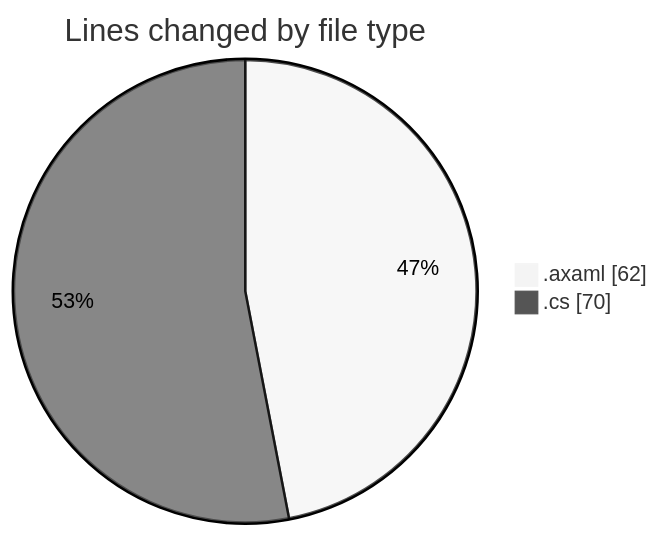
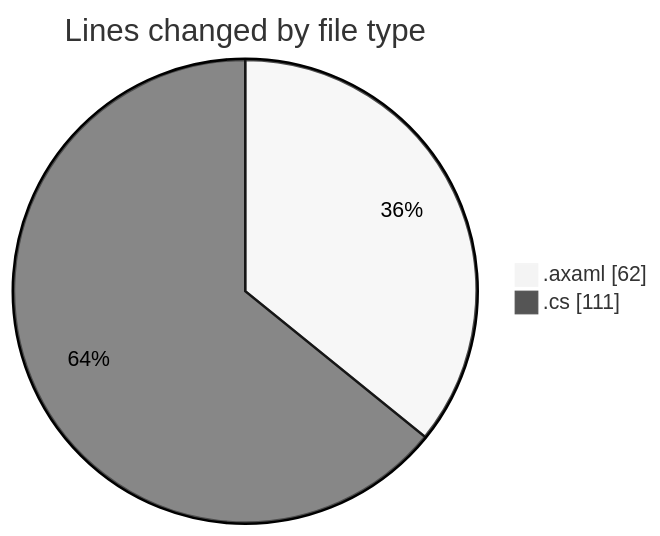
The first of 2 diagrams in 2025-10-16/skintrack/README.md (Netris89/code-tracking), drawn with Mermaid (neutral theme) before and after one commit. The commit also changed other lines of this file and 1 other file, not shown here.

````diff
--- a/2025-10-16/skintrack/README.md
+++ b/2025-10-16/skintrack/README.md
@@ -24,6 +25,6 @@
 ```mermaid
 pie showData
 title Lines changed by file type
 ".axaml" : 62
-".cs" : 70
+".cs" : 111
 ```
````
